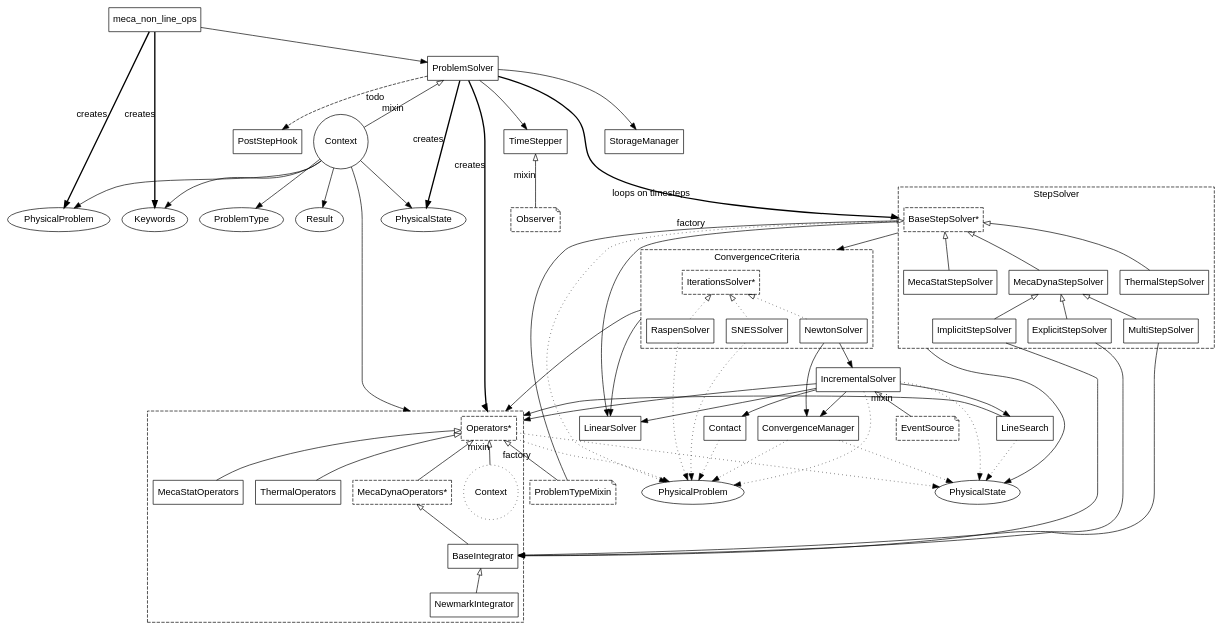
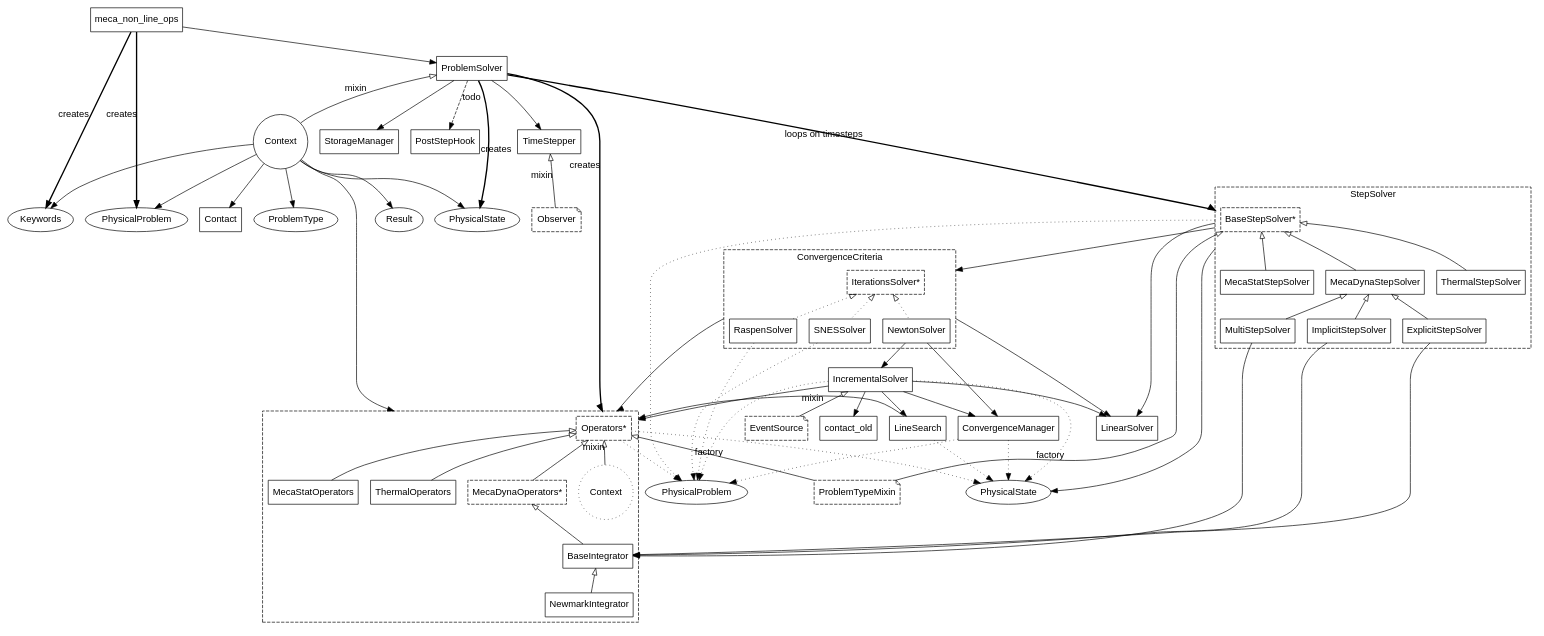
The diagram in doc/img/mnl.dot (Krande/code-aster-copy), drawn with Graphviz before and after one commit. The commit also changed 5 other files, not shown here.

Commit message:
[#34400] move contact into Context

```diff
--- a/doc/img/mnl.dot
+++ b/doc/img/mnl.dot
@@ -1,164 +1,163 @@
 digraph MNL {
     compound = "true";
     // global: circle, dotted
     // mixin: note, dashed
     // abstract: '*', dashed
     labelloc = "t";
     fontname = "Helvetica,Arial,sans-serif";
     node [fontname = "Helvetica,Arial,sans-serif"; shape = "box";];
     edge [fontname = "Helvetica,Arial,sans-serif";];
     
     subgraph bases {
         keywords [label = "Keywords";shape = "ellipse";];
         problem [label = "PhysicalProblem";shape = "ellipse";];
         type [label = "ProblemType";shape = "ellipse";];
         state [label = "PhysicalState";shape = "ellipse";];
         result [label = "Result";shape = "ellipse";];
+        contact [label = "Contact";];
         context [label = "Context";shape = "circle";];
         
         context -> problem;
         context -> type;
         context -> keywords;
         context -> state;
         context -> result;
+        context -> contact;
         context -> operators [lhead = cluster_operators;];
     }
     
     problem_old [label = "PhysicalProblem";shape = "ellipse";];
     state_old [label = "PhysicalState";shape = "ellipse";];
     
     mnl [label = "meca_non_line_ops";];
     pbsolv [label = "ProblemSolver";];
     timestepper [label = "TimeStepper";];
     storage [label = "StorageManager";];
     linsolv [label = "LinearSolver";];
     linesearch [label = "LineSearch";];
     conv_manager [label = "ConvergenceManager";];
-    contact [label = "Contact";];
     hook [label = "PostStepHook";];
     incr_solv [label = "IncrementalSolver";];
     
     observ [label = "Observer";style = "dashed";shape = "note";];
     event [label = "EventSource";style = "dashed";shape = "note";];
     dispatch [label = "ProblemTypeMixin";style = "dashed";shape = "note";];
     
     subgraph cluster_operators {
         operators [label = "Operators*";style = "dashed";];
         style = "dashed";
         subgraph {
             rank = "same";
             statopers [label = "MecaStatOperators";];
             theropers [label = "ThermalOperators";];
             dynopers [label = "MecaDynaOperators*";style = "dashed";];
         }
         integr [label = BaseIntegrator;];
         newmark [label = NewmarkIntegrator;];
         context_op [label = "Context";style = "dotted";shape = "circle";];
         
         operators -> context_op [xlabel = "mixin"; dir = "back"; arrowtail = "empty";];
         // subclasses
         operators -> statopers [dir = "back"; arrowtail = "empty";];
         operators -> dynopers [dir = "back"; arrowtail = "empty";];
         operators -> theropers [dir = "back"; arrowtail = "empty";];
         
         dynopers -> integr [dir = "back"; arrowtail = "empty";];
         integr -> newmark [dir = "back"; arrowtail = "empty";];
     }
     
     subgraph cluster_stepsolv {
         label = "StepSolver";
         style = "dashed";
         subgraph {
             rank = "same";
             mecastat [label = "MecaStatStepSolver";];
             mecadyn [label = "MecaDynaStepSolver";];
             ther [label = "ThermalStepSolver";];
         }
         stepsolv [label = "BaseStepSolver*";style = "dashed";];
         // subclasses
         stepsolv -> mecastat [dir = "back"; arrowtail = "empty";];
         stepsolv -> mecadyn [dir = "back"; arrowtail = "empty";];
         stepsolv -> ther [dir = "back"; arrowtail = "empty";];
         
         implicit [label = "ImplicitStepSolver";];
         explicit [label = "ExplicitStepSolver";];
         multi [label = "MultiStepSolver";];
         
         // subclasses
         mecadyn -> implicit [dir = "back"; arrowtail = "empty";];
         mecadyn -> explicit [dir = "back"; arrowtail = "empty";];
         mecadyn -> multi [dir = "back"; arrowtail = "empty";];
         
         implicit -> integr;
         explicit -> integr;
         multi -> integr;
     }
     
     subgraph cluster_iter_solv {
         label = ConvergenceCriteria;
         style = "dashed";
         
         conv_criteria [label = "IterationsSolver*";style = "dashed";];
         // [style = invis]
         newton [label = "NewtonSolver";];
         snes [label = "SNESSolver";];
         raspen [label = "RaspenSolver";];
         
         conv_criteria -> newton [dir = "back"; arrowtail = "empty"; style = "dotted";];
         conv_criteria -> snes [dir = "back"; arrowtail = "empty"; style = "dotted";];
         conv_criteria -> raspen [dir = "back"; arrowtail = "empty"; style = "dotted";];
     }
     
     mnl -> pbsolv;
     mnl -> keywords [xlabel = "creates"; style = "bold";];
     mnl -> problem [xlabel = "creates"; style = "bold";];
     
     pbsolv -> context [xlabel = "mixin"; dir = "back"; arrowtail = "empty";];
     pbsolv -> state [xlabel = "creates"; style = "bold";];
     pbsolv -> operators [xlabel = "creates"; style = "bold"; lhead = cluster_operators;];
     pbsolv -> timestepper;
     pbsolv -> storage;
     pbsolv -> stepsolv [xlabel = "loops on timesteps"; lhead = cluster_stepsolv; style = "bold";];
     pbsolv -> hook [label = "todo"; style = "dashed";];
     
     stepsolv -> problem_old [style = "dotted"; ltail = cluster_stepsolv;];
     stepsolv -> dispatch [xlabel = "factory"; dir = "back"; arrowtail = "empty";];
     
     stepsolv -> state_old [ltail = cluster_stepsolv;];
     stepsolv -> linsolv [ltail = cluster_stepsolv;];
     stepsolv -> conv_criteria [ltail = cluster_stepsolv; lhead = cluster_iter_solv;];
     
     conv_criteria -> linsolv [ltail = cluster_iter_solv;];
     conv_criteria -> operators [ltail = cluster_iter_solv; lhead = cluster_operators;];
     snes -> incr_solv [style = "invis";];
     
     newton -> incr_solv;
     newton -> conv_manager;
     incr_solv -> linesearch;
-    incr_solv -> contact;
+    incr_solv -> contact_old;
     incr_solv -> operators [lhead = cluster_operators;];
     incr_solv -> linsolv;
     incr_solv -> conv_manager;
     incr_solv -> event [xlabel = "mixin"; dir = "back"; arrowtail = "empty";];
     incr_solv -> problem_old [style = "dotted";];
     incr_solv -> state_old [style = "dotted";];
     // integr -> state_old[style="dotted"];
     linesearch -> state_old [style = "dotted";];
     linesearch -> operators [lhead = cluster_operators;];
     
-    // operators -> contact (to be passed by incr_solv)
     operators -> dispatch [xlabel = "factory"; dir = "back"; arrowtail = "empty";];
     operators -> problem_old [style = "dotted";];
     operators -> state_old [style = "dotted";];
     
-    contact -> problem_old [style = "dotted";];
     conv_manager -> problem_old [style = "dotted";];
     conv_manager -> state_old [style = "dotted";];
     snes -> problem_old [style = "dotted";];
     raspen -> problem_old [style = "dotted";];
     
     timestepper -> observ [xlabel = "mixin"; dir = "back"; arrowtail = "empty";];
     
     // placement
     timestepper -> stepsolv [style = "invis";];
 }
```
